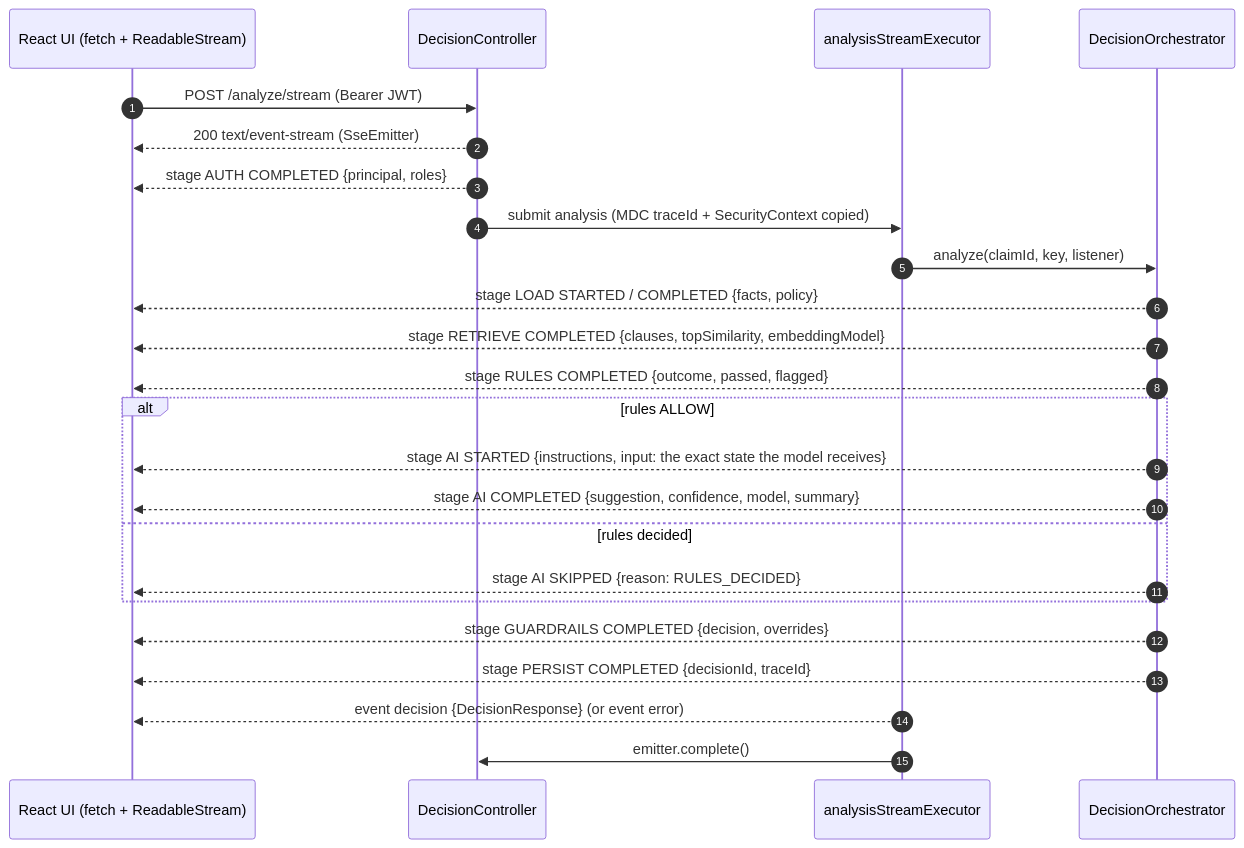
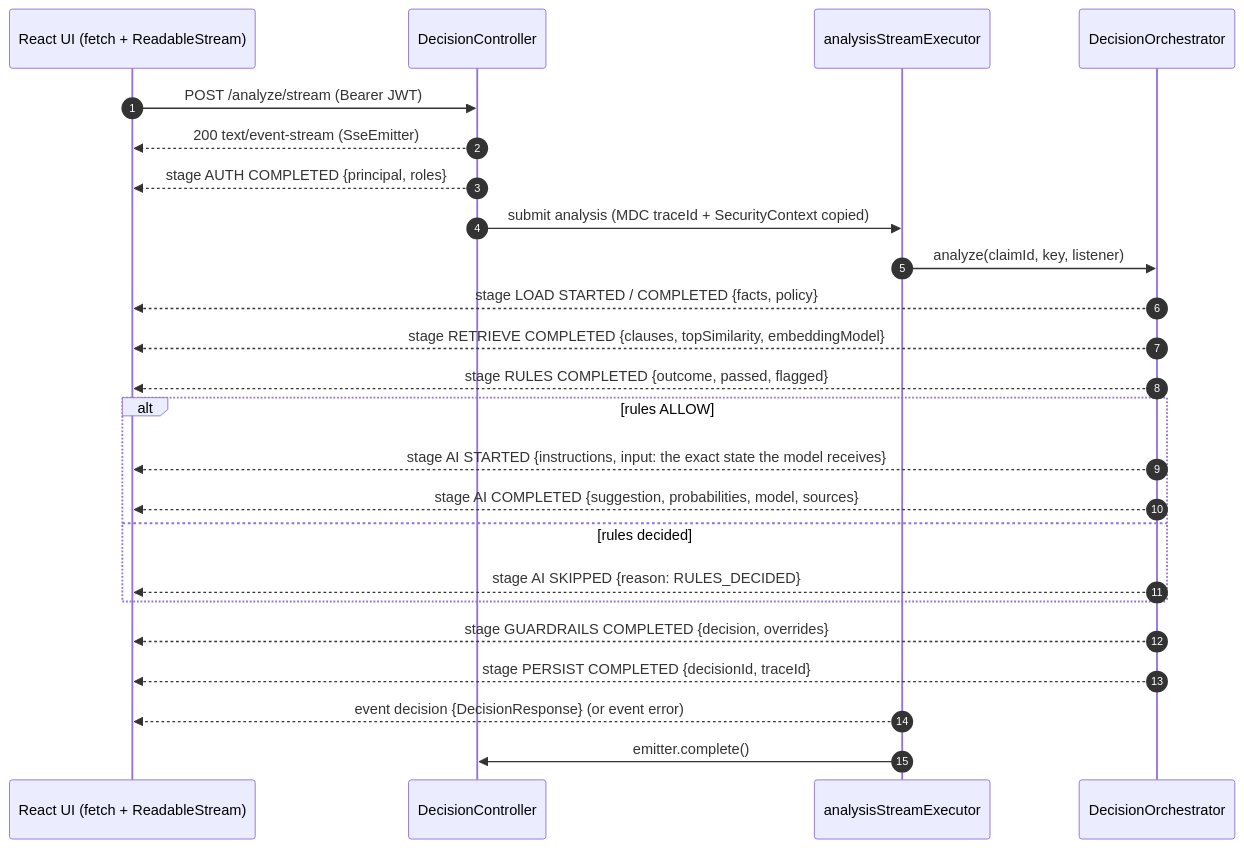
Before and after one commit to arshdeep3010/health-claim-decision-agent: the fifth of 14 diagrams in PROJECT.md, drawn with Mermaid. The commit also changed other lines of this file and 3 other files, not shown here.

````diff
--- a/PROJECT.md
+++ b/PROJECT.md
@@ -312,27 +317,27 @@
 ```mermaid
 sequenceDiagram
   autonumber
   participant UI as React UI (fetch + ReadableStream)
   participant C as DecisionController
   participant X as analysisStreamExecutor
   participant O as DecisionOrchestrator
 
   UI->>C: POST /analyze/stream (Bearer JWT)
   C-->>UI: 200 text/event-stream (SseEmitter)
   C-->>UI: stage AUTH COMPLETED {principal, roles}
   C->>X: submit analysis (MDC traceId + SecurityContext copied)
   X->>O: analyze(claimId, key, listener)
   O-->>UI: stage LOAD STARTED / COMPLETED {facts, policy}
   O-->>UI: stage RETRIEVE COMPLETED {clauses, topSimilarity, embeddingModel}
   O-->>UI: stage RULES COMPLETED {outcome, passed, flagged}
   alt rules ALLOW
     O-->>UI: stage AI STARTED {instructions, input: the exact state the model receives}
-    O-->>UI: stage AI COMPLETED {suggestion, confidence, model, summary}
+    O-->>UI: stage AI COMPLETED {suggestion, probabilities, model, sources}
   else rules decided
     O-->>UI: stage AI SKIPPED {reason: RULES_DECIDED}
   end
   O-->>UI: stage GUARDRAILS COMPLETED {decision, overrides}
   O-->>UI: stage PERSIST COMPLETED {decisionId, traceId}
   X-->>UI: event decision {DecisionResponse}  (or event error)
   X->>C: emitter.complete()
 ```
````
